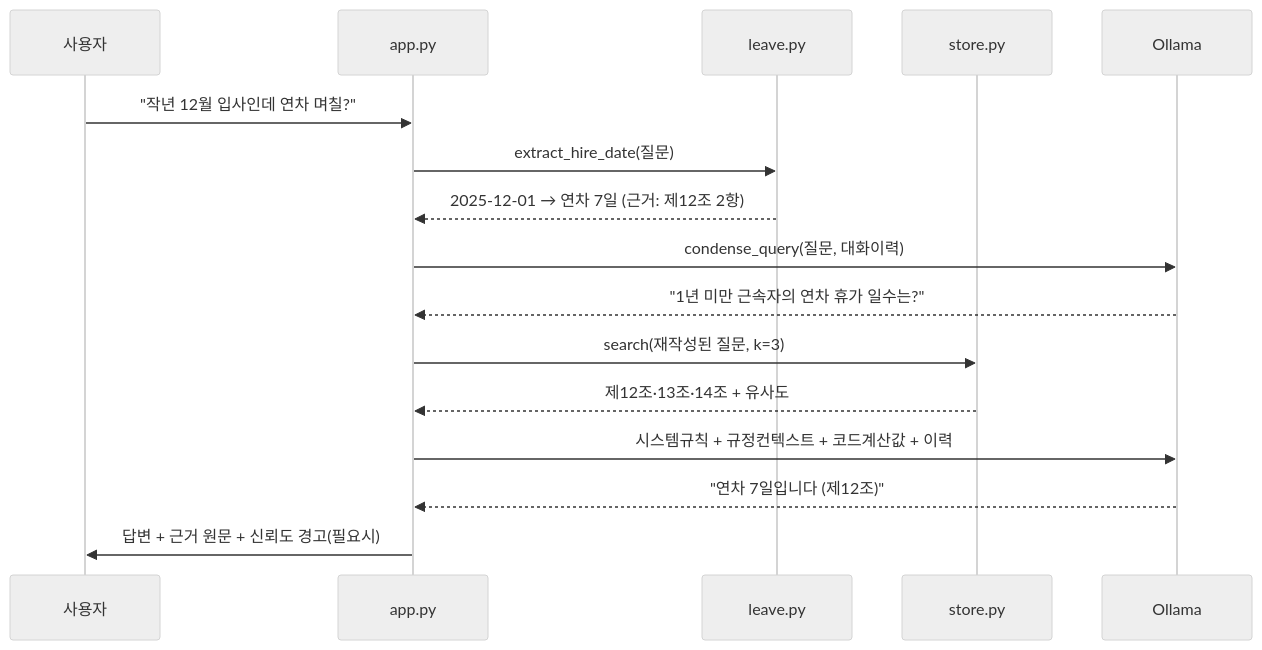
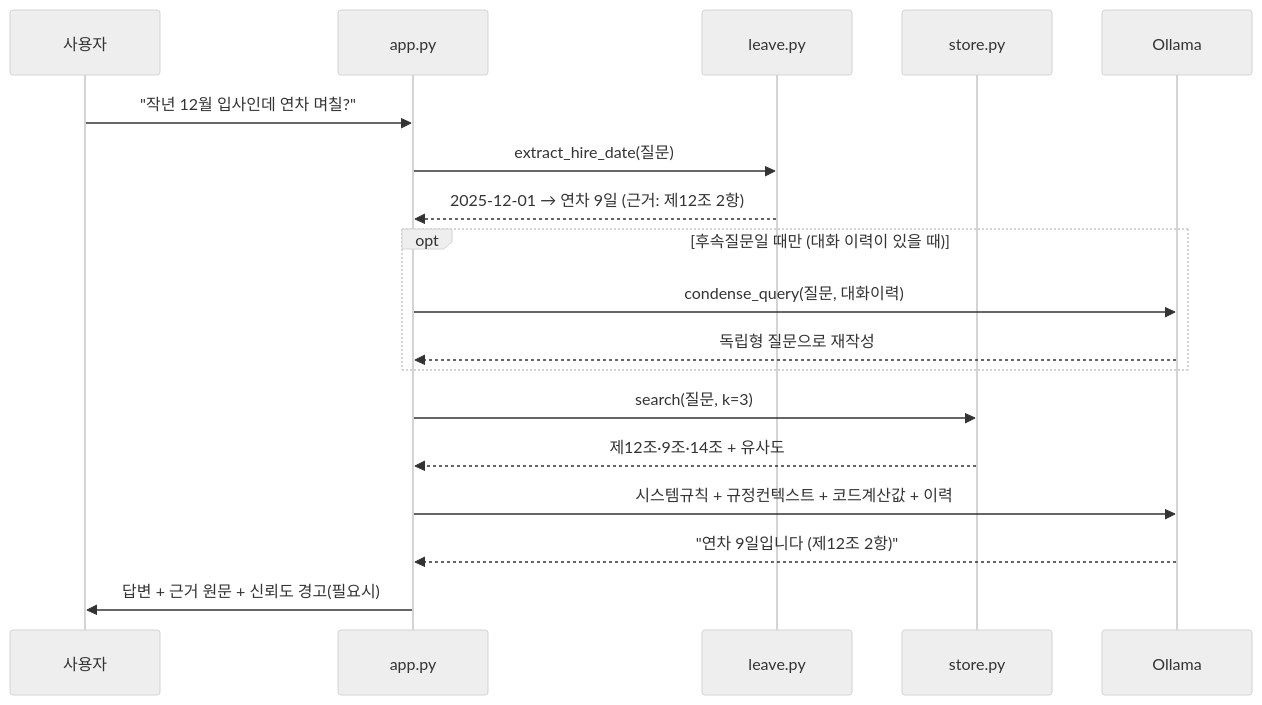
Before and after one commit to geonhoa3/company-policy-rag: the diagram in README.md, drawn with Mermaid (neutral theme). The commit also changed other lines of this file, not shown here.

Commit message:
README 예시·다이어그램을 실제 동작과 일치시킴
- 연차 예시 7일 -> 9일: 스크린샷(9월 촬영)과 본문 예시(7월 기준)가 어긋나 있었음
- 시퀀스 다이어그램: condense_query 는 대화 이력이 있을 때만 호출되므로 opt 블록으로 표시
  (기존 그림은 첫 질문도 재작성하는 것처럼 보였음)
- 검색 결과 예시 제12·13·14조 -> 실측값 제12·9·14조, 감사 로그 예시 점수도 실측값으로
- 알려진 제약: k=3 고정이 항 분할과 만나 한 조가 슬롯을 독점할 수 있는 문제 추가

````diff
--- a/README.md
+++ b/README.md
@@ -138,19 +138,21 @@
 ```mermaid
 sequenceDiagram
     participant U as 사용자
     participant A as app.py
     participant L as leave.py
     participant S as store.py
     participant O as Ollama
 
     U->>A: "작년 12월 입사인데 연차 며칠?"
     A->>L: extract_hire_date(질문)
-    L-->>A: 2025-12-01 → 연차 7일 (근거: 제12조 2항)
-    A->>O: condense_query(질문, 대화이력)
-    O-->>A: "1년 미만 근속자의 연차 휴가 일수는?"
-    A->>S: search(재작성된 질문, k=3)
-    S-->>A: 제12조·13조·14조 + 유사도
+    L-->>A: 2025-12-01 → 연차 9일 (근거: 제12조 2항)
+    opt 후속질문일 때만 (대화 이력이 있을 때)
+        A->>O: condense_query(질문, 대화이력)
+        O-->>A: 독립형 질문으로 재작성
+    end
+    A->>S: search(질문, k=3)
+    S-->>A: 제12조·9조·14조 + 유사도
     A->>O: 시스템규칙 + 규정컨텍스트 + 코드계산값 + 이력
-    O-->>A: "연차 7일입니다 (제12조)"
+    O-->>A: "연차 9일입니다 (제12조 2항)"
     A->>U: 답변 + 근거 원문 + 신뢰도 경고(필요시)
 ```
````
